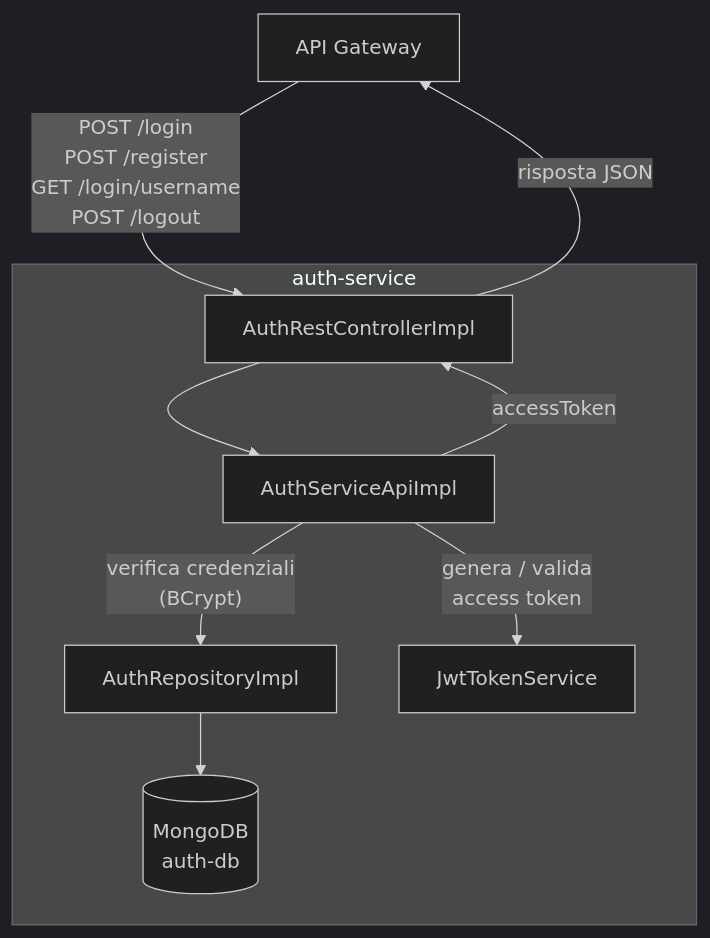
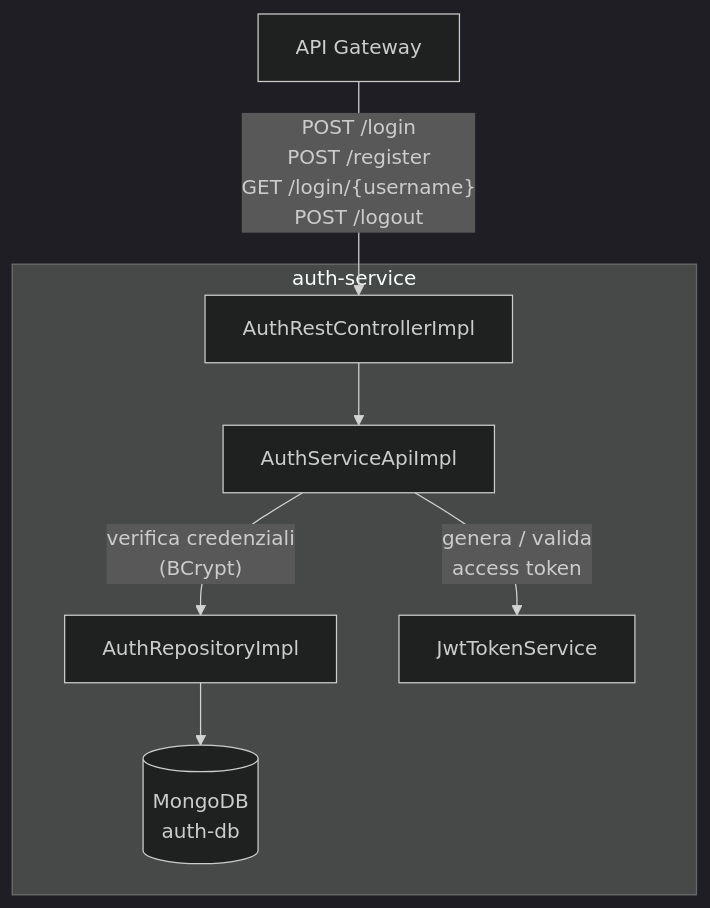
The fourth of 10 diagrams in docs/report/Implementation.md (piertv21/SmartGym-Monitor), drawn with Mermaid (dark theme) before and after one commit. The commit also changed other lines of this file and 2 other files, not shown here.

````diff
--- a/docs/report/Implementation.md
+++ b/docs/report/Implementation.md
@@ -116,14 +116,14 @@
 ```mermaid
 flowchart TD
-    GW[API Gateway] -->|"POST /login\nPOST /register\nGET /login/username\nPOST /logout"| CTRL["AuthRestControllerImpl"]
+    GW[API Gateway]
 
     subgraph auth-service
+        CTRL["AuthRestControllerImpl"]
         CTRL --> API["AuthServiceApiImpl"]
         API -->|"verifica credenziali\n(BCrypt)"| REPO["AuthRepositoryImpl"]
         API -->|"genera / valida\naccess token"| JWT["JwtTokenService"]
         REPO --> DB[(MongoDB\nauth-db)]
     end
 
-    API -->|"accessToken"| CTRL
-    CTRL -->|"risposta JSON"| GW
+    GW -->|"POST /login\nPOST /register\nGET /login/{username}\nPOST /logout"| CTRL
 ```
````
